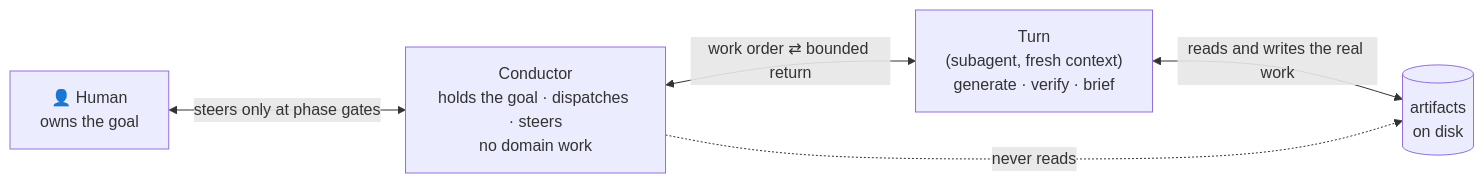
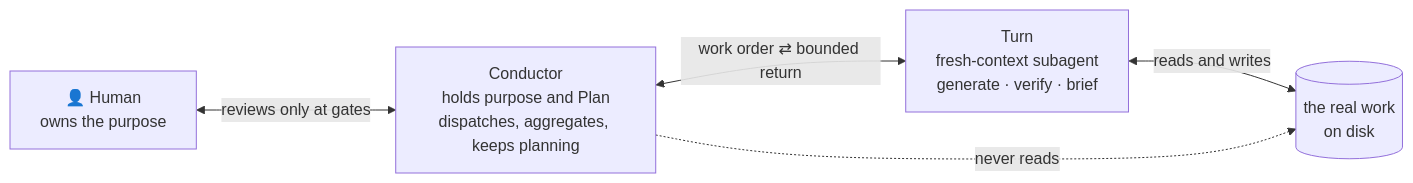
The first of 3 diagrams in aiya/docs/design.md (lovaizu/ccpm), drawn with Mermaid before and after one commit. The commit also changed other lines of this file and 8 other files, not shown here.

````diff
--- a/aiya/docs/design.md
+++ b/aiya/docs/design.md
@@ -85,12 +25,12 @@
 ```mermaid
 flowchart LR
-    H["👤 Human<br/>owns the goal"]
-    C["Conductor<br/>holds the goal · dispatches · steers<br/>no domain work"]
-    T["Turn<br/>(subagent, fresh context)<br/>generate · verify · brief"]
-    A[("artifacts<br/>on disk")]
+    H["👤 Human<br/>owns the purpose"]
+    C["Conductor<br/>holds purpose and Plan<br/>dispatches, aggregates, keeps planning"]
+    T["Turn<br/>fresh-context subagent<br/>generate · verify · brief"]
+    A[("the real work<br/>on disk")]
 
-    H <-->|"steers only at phase gates"| C
+    H <-->|"reviews only at gates"| C
     C <-->|"work order ⇄ bounded return"| T
-    T <-->|"reads and writes the real work"| A
+    T <-->|"reads and writes"| A
     C -. "never reads" .-> A
 ```
````
